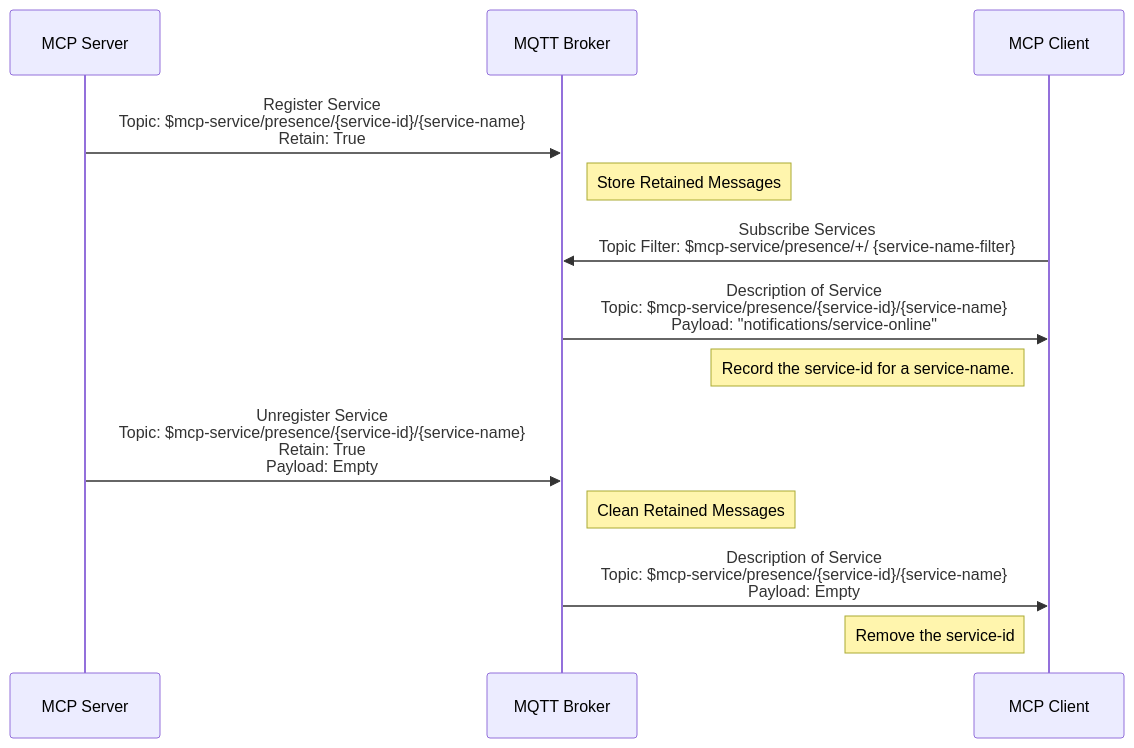
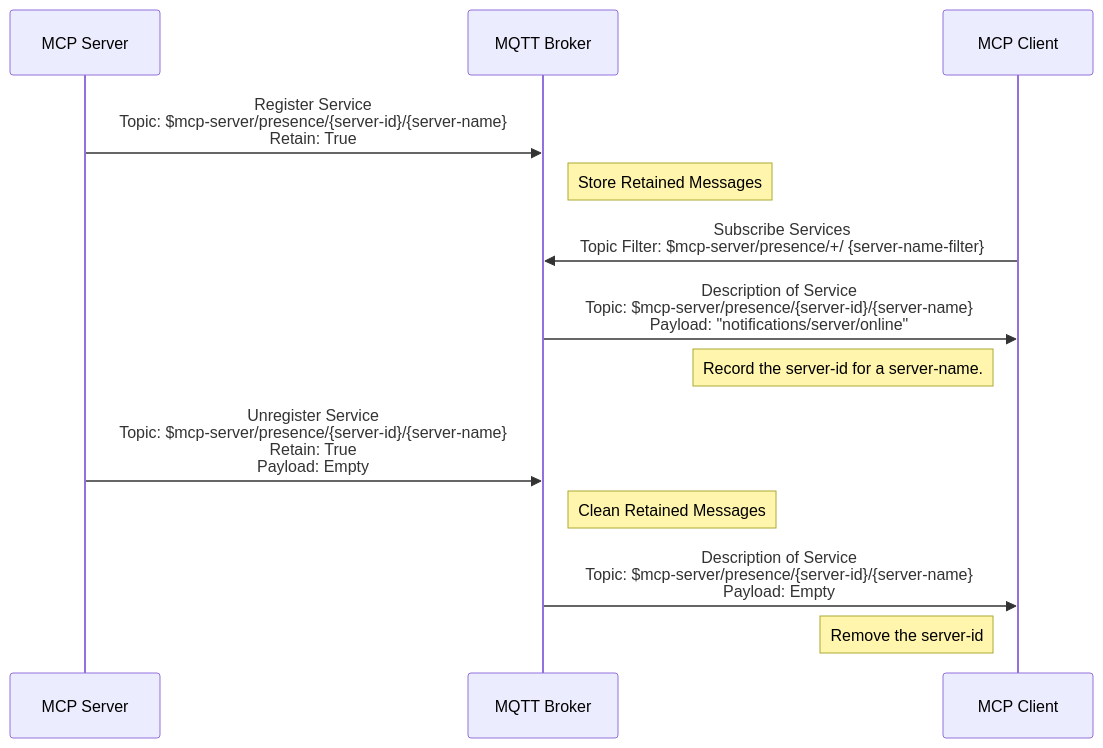
One commit to xiaokunzhang/mcp-over-mqtt-site changed the first of 4 diagrams in mcp/specification/2025-03-26/basic/mqtt_transport.md. Above: the diagram before and after it, drawn with Mermaid. The commit also changed other lines of this file and 1 other file, not shown here.

Commit message:
rename service to server

````diff
--- a/mcp/specification/2025-03-26/basic/mqtt_transport.md
+++ b/mcp/specification/2025-03-26/basic/mqtt_transport.md
@@ -182,20 +182,20 @@
 ```mermaid
 sequenceDiagram
     participant MCP_Server as MCP Server
     participant MQTT_Broker as MQTT Broker
     participant MCP_Client as MCP Client
 
-    MCP_Server ->> MQTT_Broker: Register Service<br/>Topic: $mcp-service/presence/{service-id}/{service-name}<br/>Retain: True
+    MCP_Server ->> MQTT_Broker: Register Service<br/>Topic: $mcp-server/presence/{server-id}/{server-name}<br/>Retain: True
     Note right of MQTT_Broker: Store Retained Messages
 
-    MCP_Client ->> MQTT_Broker: Subscribe Services<br/>Topic Filter: $mcp-service/presence/+/ {service-name-filter}
+    MCP_Client ->> MQTT_Broker: Subscribe Services<br/>Topic Filter: $mcp-server/presence/+/ {server-name-filter}
 
-    MQTT_Broker ->> MCP_Client: Description of Service<br/>Topic: $mcp-service/presence/{service-id}/{service-name}<br/>Payload: "notifications/service-online"
-    Note left of MCP_Client: Record the service-id for a service-name.
+    MQTT_Broker ->> MCP_Client: Description of Service<br/>Topic: $mcp-server/presence/{server-id}/{server-name}<br/>Payload: "notifications/server/online"
+    Note left of MCP_Client: Record the server-id for a server-name.
 
-    MCP_Server ->> MQTT_Broker: Unregister Service<br/>Topic: $mcp-service/presence/{service-id}/{service-name}<br/>Retain: True<br/>Payload: Empty
+    MCP_Server ->> MQTT_Broker: Unregister Service<br/>Topic: $mcp-server/presence/{server-id}/{server-name}<br/>Retain: True<br/>Payload: Empty
     Note right of MQTT_Broker: Clean Retained Messages
 
-    MQTT_Broker ->> MCP_Client: Description of Service<br/>Topic: $mcp-service/presence/{service-id}/{service-name}<br/>Payload: Empty
-    Note left of MCP_Client: Remove the service-id
+    MQTT_Broker ->> MCP_Client: Description of Service<br/>Topic: $mcp-server/presence/{server-id}/{server-name}<br/>Payload: Empty
+    Note left of MCP_Client: Remove the server-id
 ```
````
